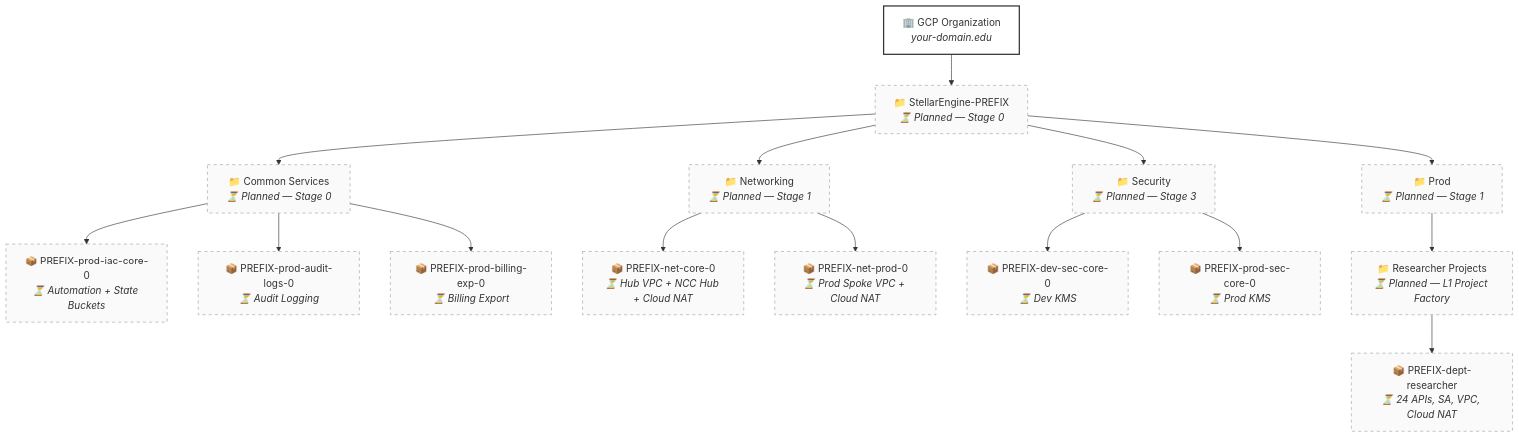
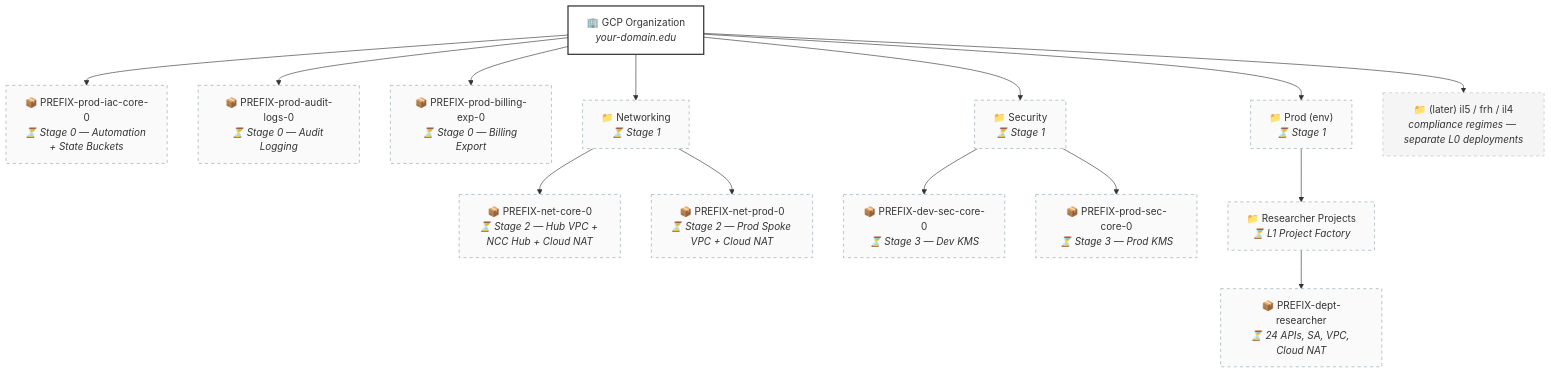
The second of 4 diagrams in README.md (WandLZhang/fast-science-0-stellar-engine), drawn with Mermaid before and after one commit. The commit also changed other lines of this file, not shown here.

Commit message:
docs: update Deployment Map + Stage 0 for flat folder structure
Reflects 501c98580: bootstrap projects nest directly under the org root
(unspecified regime) or inside the AW workload folder (compliance regime).
No more nested StellarEngine-PREFIX / Common Services wrappers.

- Deployment Map mermaid diagram: projects at org root; compliance regime
  shown as future sibling node (il5/frh/il4)
- Stage 0 "What it creates" rewritten to drop Common Services language
- Stage 0 update callout: drop AW/CS node references
- New questionnaire Q19: managed_folder_name (optional)

````diff
--- a/README.md
+++ b/README.md
@@ -83,40 +86,38 @@
 ```mermaid
 graph TB
     ORG["🏢 GCP Organization<br/><i>your-domain.edu</i>"]
 
-    ORG --> AW["📁 StellarEngine-PREFIX<br/><i>⏳ Planned — Stage 0</i>"]
+    ORG --> P1["📦 PREFIX-prod-iac-core-0<br/><i>⏳ Stage 0 — Automation + State Buckets</i>"]
+    ORG --> P2["📦 PREFIX-prod-audit-logs-0<br/><i>⏳ Stage 0 — Audit Logging</i>"]
+    ORG --> P3["📦 PREFIX-prod-billing-exp-0<br/><i>⏳ Stage 0 — Billing Export</i>"]
 
-    AW --> CS["📁 Common Services<br/><i>⏳ Planned — Stage 0</i>"]
-    AW --> NET["📁 Networking<br/><i>⏳ Planned — Stage 1</i>"]
-    AW --> SEC["📁 Security<br/><i>⏳ Planned — Stage 3</i>"]
-    AW --> PROD["📁 Prod<br/><i>⏳ Planned — Stage 1</i>"]
+    ORG --> NET["📁 Networking<br/><i>⏳ Stage 1</i>"]
+    ORG --> SEC["📁 Security<br/><i>⏳ Stage 1</i>"]
+    ORG --> PROD["📁 Prod (env)<br/><i>⏳ Stage 1</i>"]
 
-    CS --> P1["📦 PREFIX-prod-iac-core-0<br/><i>⏳ Automation + State Buckets</i>"]
-    CS --> P2["📦 PREFIX-prod-audit-logs-0<br/><i>⏳ Audit Logging</i>"]
-    CS --> P3["📦 PREFIX-prod-billing-exp-0<br/><i>⏳ Billing Export</i>"]
+    NET --> P4["📦 PREFIX-net-core-0<br/><i>⏳ Stage 2 — Hub VPC + NCC Hub + Cloud NAT</i>"]
+    NET --> P5["📦 PREFIX-net-prod-0<br/><i>⏳ Stage 2 — Prod Spoke VPC + Cloud NAT</i>"]
 
-    NET --> P4["📦 PREFIX-net-core-0<br/><i>⏳ Hub VPC + NCC Hub + Cloud NAT</i>"]
-    NET --> P5["📦 PREFIX-net-prod-0<br/><i>⏳ Prod Spoke VPC + Cloud NAT</i>"]
+    SEC --> P8["📦 PREFIX-dev-sec-core-0<br/><i>⏳ Stage 3 — Dev KMS</i>"]
+    SEC --> P9["📦 PREFIX-prod-sec-core-0<br/><i>⏳ Stage 3 — Prod KMS</i>"]
 
-    SEC --> P8["📦 PREFIX-dev-sec-core-0<br/><i>⏳ Dev KMS</i>"]
-    SEC --> P9["📦 PREFIX-prod-sec-core-0<br/><i>⏳ Prod KMS</i>"]
-
-    PROD --> L1["📁 Researcher Projects<br/><i>⏳ Planned — L1 Project Factory</i>"]
+    PROD --> L1["📁 Researcher Projects<br/><i>⏳ L1 Project Factory</i>"]
     L1 --> RP["📦 PREFIX-dept-researcher<br/><i>⏳ 24 APIs, SA, VPC, Cloud NAT</i>"]
 
+    ORG --> CR["📁 (later) il5 / frh / il4<br/><i>compliance regimes — separate L0 deployments</i>"]
+
     style ORG fill:#fff,stroke:#333,stroke-width:2px
-    style AW stroke-dasharray: 5 5,stroke:#90a4ae,fill:#fafafa
-    style CS stroke-dasharray: 5 5,stroke:#90a4ae,fill:#fafafa
     style NET stroke-dasharray: 5 5,stroke:#90a4ae,fill:#fafafa
     style SEC stroke-dasharray: 5 5,stroke:#90a4ae,fill:#fafafa
     style PROD stroke-dasharray: 5 5,stroke:#90a4ae,fill:#fafafa
     style P1 stroke-dasharray: 5 5,stroke:#90a4ae,fill:#fafafa
     style P2 stroke-dasharray: 5 5,stroke:#90a4ae,fill:#fafafa
     style P3 stroke-dasharray: 5 5,stroke:#90a4ae,fill:#fafafa
     style P4 stroke-dasharray: 5 5,stroke:#90a4ae,fill:#fafafa
     style P5 stroke-dasharray: 5 5,stroke:#90a4ae,fill:#fafafa
     style P8 stroke-dasharray: 5 5,stroke:#90a4ae,fill:#fafafa
     style P9 stroke-dasharray: 5 5,stroke:#90a4ae,fill:#fafafa
     style L1 stroke-dasharray: 5 5,stroke:#90a4ae,fill:#fafafa
     style RP stroke-dasharray: 5 5,stroke:#90a4ae,fill:#fafafa
+    style CR stroke-dasharray: 5 5,stroke:#bdbdbd,fill:#f5f5f5
 ```
````
